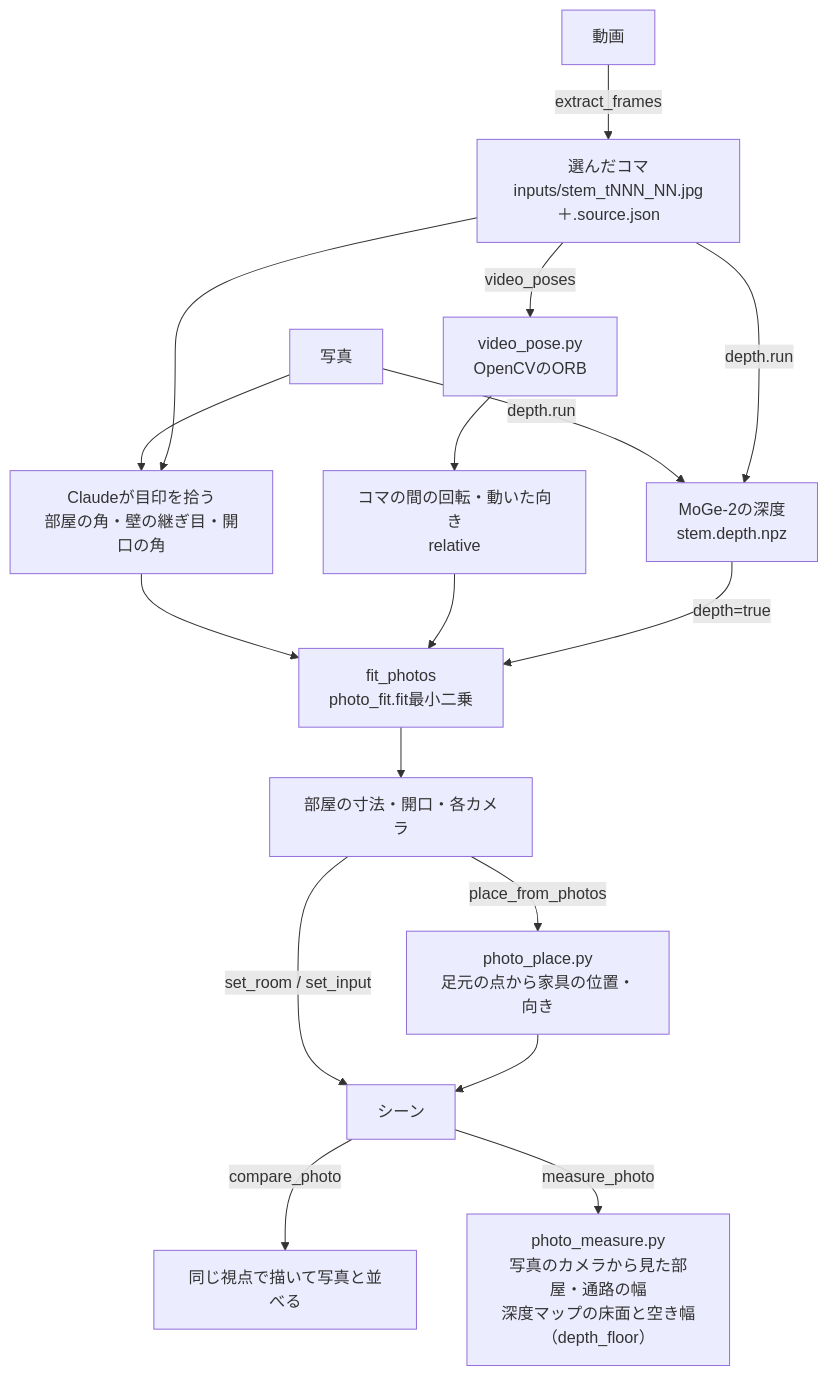
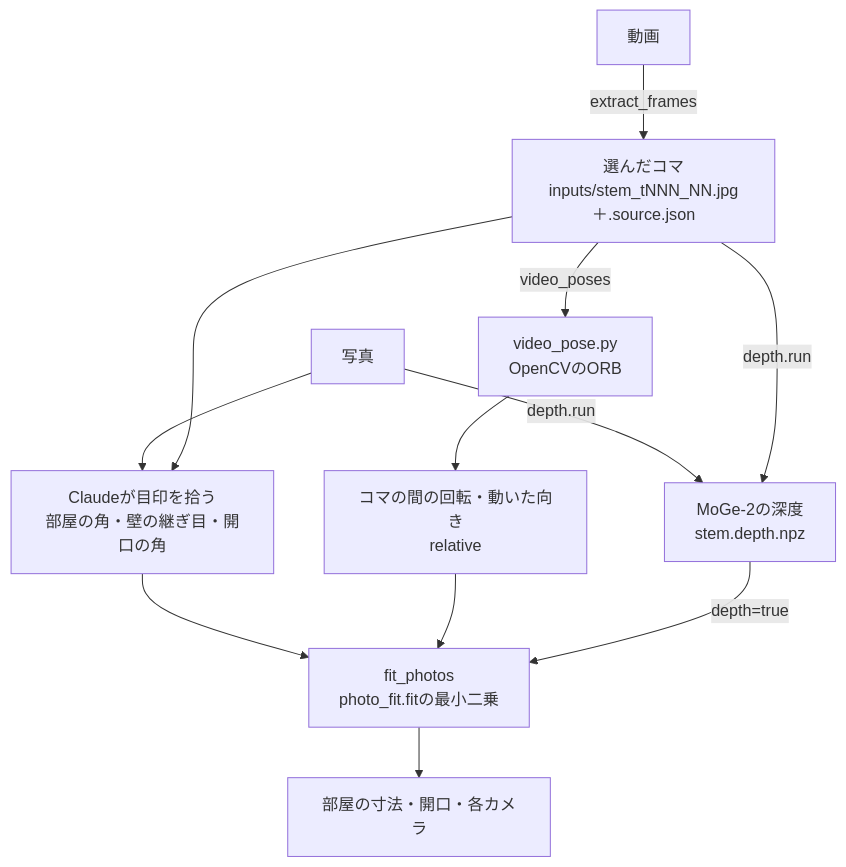
Diagram 12 of 13 in docs/architecture.md (atinfinity/agentic-sim-world-gen), drawn with Mermaid before and after one commit. The commit also changed other lines of this file and 9 other files, not shown here.

First line of the commit message:
docs: clearer prose, fixed stale facts, more diagrams and tables

````diff
--- a/docs/architecture.md
+++ b/docs/architecture.md
@@ -463,19 +649,14 @@
 ```mermaid
 flowchart TD
     video["動画"] -->|"extract_frames"| frames["選んだコマ<br/>inputs/stem_tNNN_NN.jpg＋.source.json"]
     photos["写真"] --> lm
     frames --> lm["Claudeが目印を拾う<br/>部屋の角・壁の継ぎ目・開口の角"]
     frames -->|"video_poses"| orb["video_pose.py<br/>OpenCVのORB"]
     orb --> rel["コマの間の回転・動いた向き<br/>relative"]
     photos -->|"depth.run"| dep["MoGe-2の深度<br/>stem.depth.npz"]
     frames -->|"depth.run"| dep
-    lm --> fit["fit_photos<br/>photo_fit.fit最小二乗"]
+    lm --> fit["fit_photos<br/>photo_fit.fitの最小二乗"]
     rel --> fit
     dep -->|"depth=true"| fit
     fit --> res["部屋の寸法・開口・各カメラ"]
-    res -->|"set_room / set_input"| scene["シーン"]
-    res -->|"place_from_photos"| pp["photo_place.py<br/>足元の点から家具の位置・向き"]
-    pp --> scene
-    scene -->|"compare_photo"| cmp["同じ視点で描いて写真と並べる"]
-    scene -->|"measure_photo"| ms["photo_measure.py<br/>写真のカメラから見た部屋・通路の幅<br/>深度マップの床面と空き幅（depth_floor）"]
 ```
````
